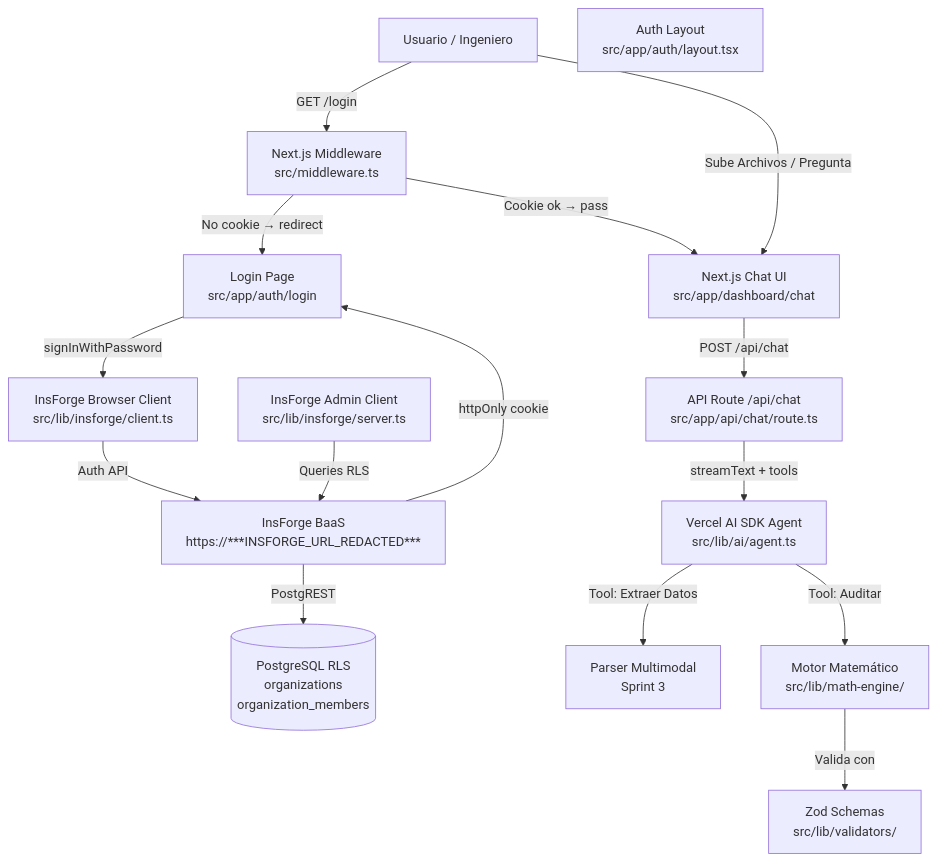
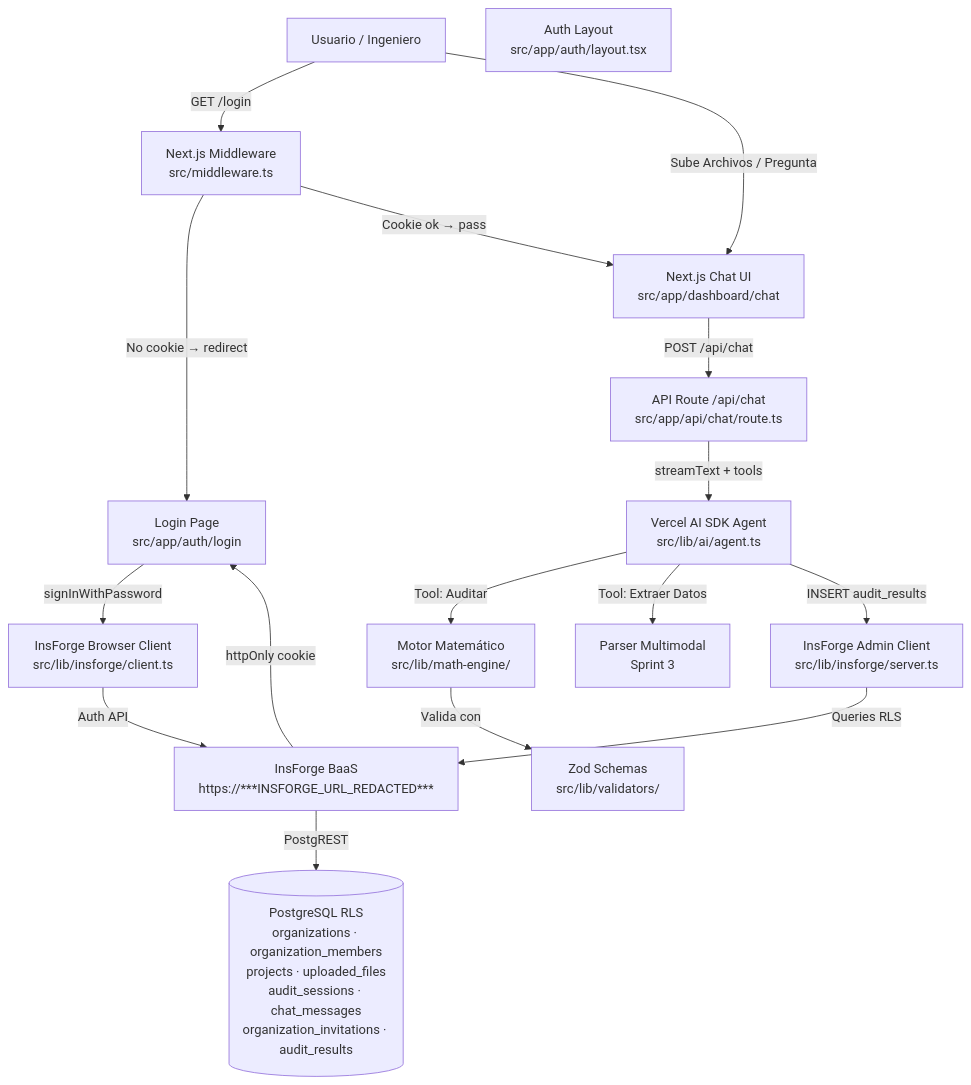
One commit to nachapoticon-dot/EdificiA-Core changed the diagram in docs/04_architecture_map.md. Above: the diagram before and after it, drawn with Mermaid. The commit also changed other lines of this file and 5 other files, not shown here.

````diff
--- a/docs/04_architecture_map.md
+++ b/docs/04_architecture_map.md
@@ -6,52 +6,53 @@
 ```mermaid
 graph TD
     %% Entidades externas
     User[Usuario / Ingeniero]
 
     %% Auth Flow
     LoginPage[Login Page\nsrc/app/auth/login]
     Middleware[Next.js Middleware\nsrc/middleware.ts]
     AuthLayout[Auth Layout\nsrc/app/auth/layout.tsx]
 
     %% Dashboard
     ChatUI[Next.js Chat UI\nsrc/app/dashboard/chat]
     ChatAPI[API Route /api/chat\nsrc/app/api/chat/route.ts]
 
     %% AI
     AI_Agent[Vercel AI SDK Agent\nsrc/lib/ai/agent.ts]
 
     %% InsForge
     BrowserClient[InsForge Browser Client\nsrc/lib/insforge/client.ts]
     AdminClient[InsForge Admin Client\nsrc/lib/insforge/server.ts]
     InsForgeBackend[InsForge BaaS\nhttps://***INSFORGE_URL_REDACTED***]
 
     %% DB
-    DB[(PostgreSQL RLS\norganizations\norganization_members)]
+    DB[(PostgreSQL RLS\norganizations · organization_members\nprojects · uploaded_files\naudit_sessions · chat_messages\norganization_invitations · audit_results)]
 
     %% Tools Sprint 2+
     Parser[Parser Multimodal\nSprint 3]
     MathEngine[Motor Matemático\nsrc/lib/math-engine/]
 
     %% Validators
     Validators[Zod Schemas\nsrc/lib/validators/]
 
     %% Conexiones Auth
     User -- "GET /login" --> Middleware
     Middleware -- "No cookie → redirect" --> LoginPage
     Middleware -- "Cookie ok → pass" --> ChatUI
     LoginPage -- "signInWithPassword" --> BrowserClient
     BrowserClient -- "Auth API" --> InsForgeBackend
     InsForgeBackend -- "httpOnly cookie" --> LoginPage
 
     %% Conexiones Chat
     User -- "Sube Archivos / Pregunta" --> ChatUI
     ChatUI -- "POST /api/chat" --> ChatAPI
     ChatAPI -- "streamText + tools" --> AI_Agent
     AI_Agent -- "Tool: Auditar" --> MathEngine
     AI_Agent -- "Tool: Extraer Datos" --> Parser
+    AI_Agent -- "INSERT audit_results" --> AdminClient
     MathEngine -- "Valida con" --> Validators
 
     %% DB
     AdminClient -- "Queries RLS" --> InsForgeBackend
     InsForgeBackend -- "PostgREST" --> DB
 ```
````
